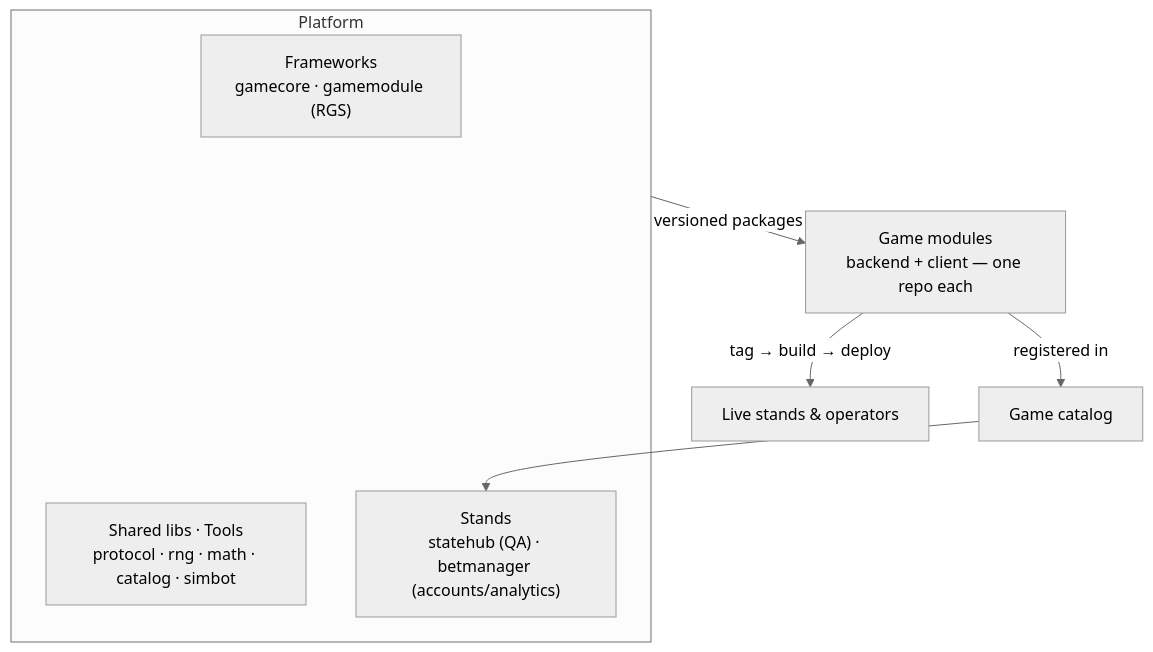
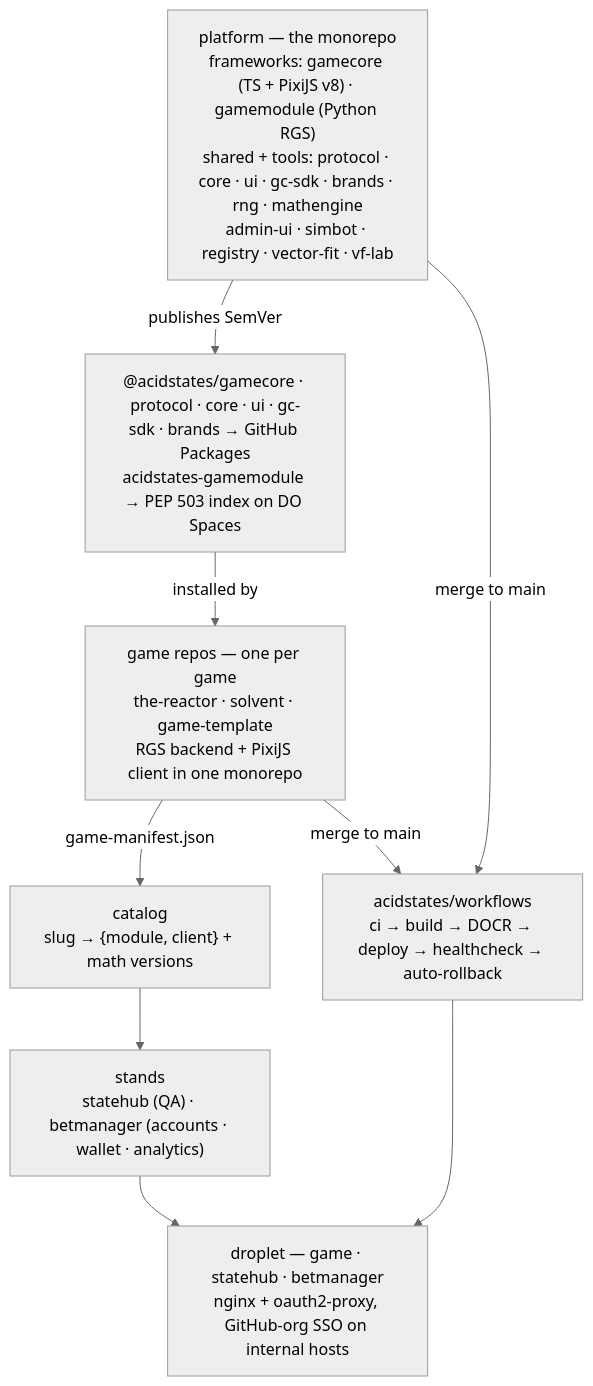
One commit to acidstates/.github changed the diagram in profile/README.md. Above: the diagram before and after it, drawn with Mermaid (neutral theme). The commit also changed other lines of this file, not shown here.

````diff
--- a/profile/README.md
+++ b/profile/README.md
@@ -21,12 +21,12 @@
 ```mermaid
 flowchart TD
-  subgraph CORE["Platform"]
-    FW["Frameworks\ngamecore · gamemodule (RGS)"]
-    TOOLS["Shared libs · Tools\nprotocol · rng · math · catalog · simbot"]
-    STANDS["Stands\nstatehub (QA) · betmanager (accounts/analytics)"]
-  end
-  CORE -->|versioned packages| GAMES["Game modules\nbackend + client — one repo each"]
-  GAMES -->|tag → build → deploy| LIVE["Live stands & operators"]
-  GAMES -->|registered in| CAT["Game catalog"]
-  CAT --> STANDS
+  PLAT["platform — the monorepo<br/>frameworks: gamecore (TS + PixiJS v8) · gamemodule (Python RGS)<br/>shared + tools: protocol · core · ui · gc-sdk · brands · rng · mathengine<br/>admin-ui · simbot · registry · vector-fit · vf-lab"]
+  PLAT -->|publishes SemVer| PKG["@acidstates/gamecore · protocol · core · ui · gc-sdk · brands → GitHub Packages<br/>acidstates-gamemodule → PEP 503 index on DO Spaces"]
+  PKG -->|installed by| GAMES["game repos — one per game<br/>the-reactor · solvent · game-template<br/>RGS backend + PixiJS client in one monorepo"]
+  GAMES -->|game-manifest.json| CAT["catalog<br/>slug → {module, client} + math versions"]
+  GAMES -->|merge to main| CI["acidstates/workflows<br/>ci → build → DOCR → deploy → healthcheck → auto-rollback"]
+  PLAT -->|merge to main| CI
+  CAT --> STANDS["stands<br/>statehub (QA) · betmanager (accounts · wallet · analytics)"]
+  CI --> LIVE["droplet — game · statehub · betmanager<br/>nginx + oauth2-proxy, GitHub-org SSO on internal hosts"]
+  STANDS --> LIVE
 ```
````
